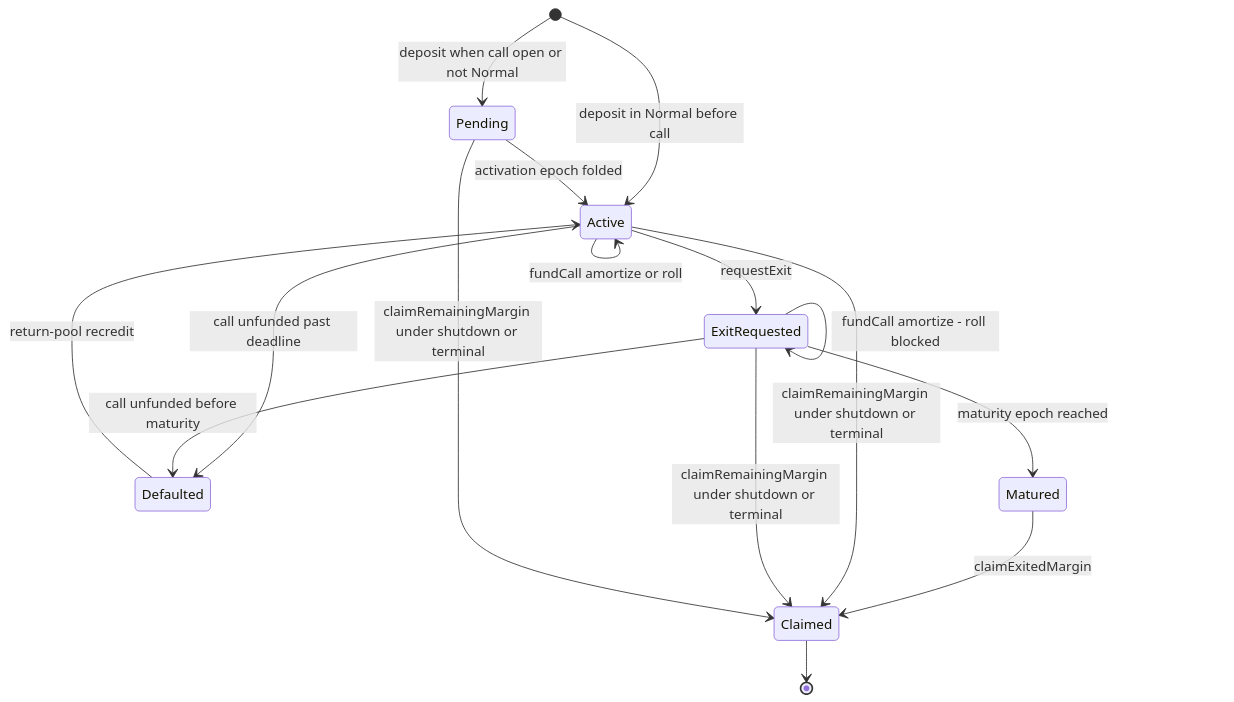
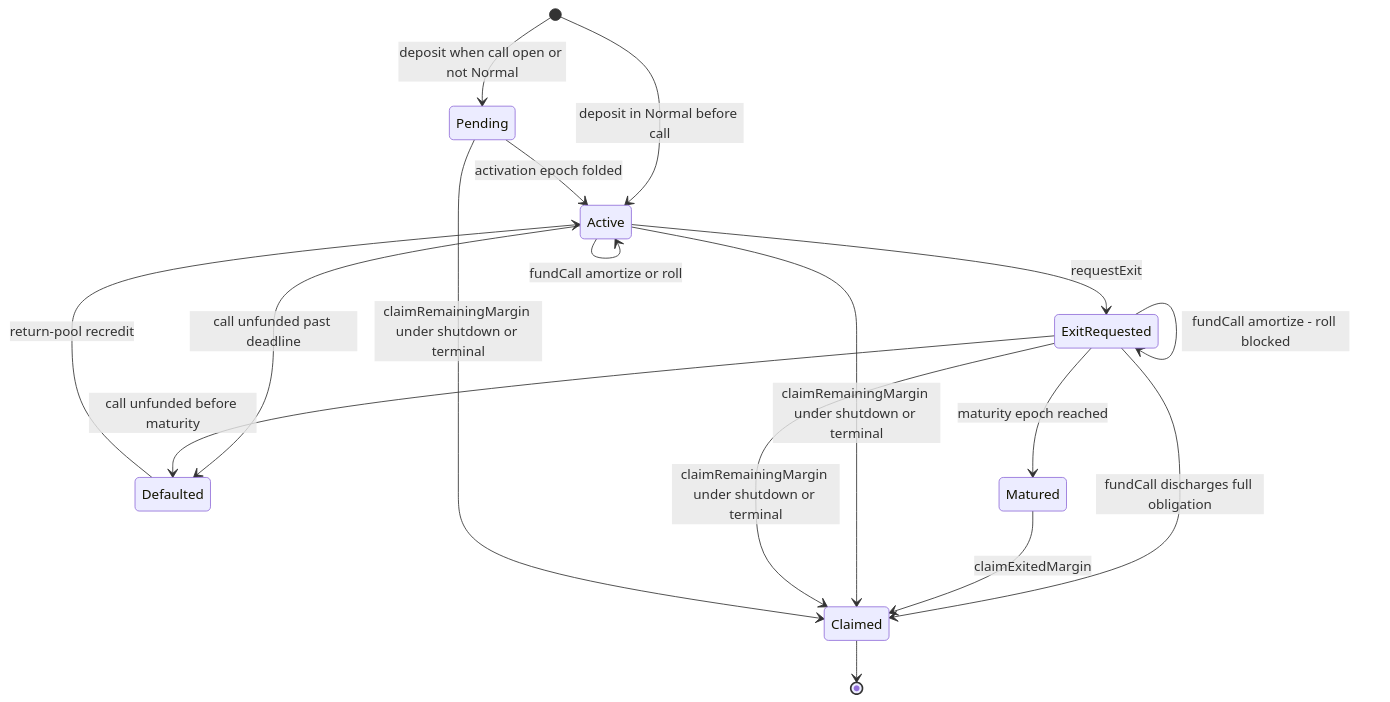
One commit to 3jane-protocol/moneymarket-contracts changed the sixth of 7 diagrams in src/lcc/README.md. Above: the diagram before and after it, drawn with Mermaid. The commit also changed other lines of this file and 8 other files, not shown here.

````diff
--- a/src/lcc/README.md
+++ b/src/lcc/README.md
@@ -704,18 +704,19 @@
 ```mermaid
 stateDiagram-v2
     [*] --> Pending: deposit when call open or not Normal
     [*] --> Active: deposit in Normal before call
     Pending --> Active: activation epoch folded
     Active --> Active: fundCall amortize or roll
     Active --> Defaulted: call unfunded past deadline
     Defaulted --> Active: return-pool recredit
     Active --> ExitRequested: requestExit
     ExitRequested --> ExitRequested: fundCall amortize - roll blocked
+    ExitRequested --> Claimed: fundCall discharges full obligation
     ExitRequested --> Defaulted: call unfunded before maturity
     ExitRequested --> Matured: maturity epoch reached
     Matured --> Claimed: claimExitedMargin
     Active --> Claimed: claimRemainingMargin under shutdown or terminal
     ExitRequested --> Claimed: claimRemainingMargin under shutdown or terminal
     Pending --> Claimed: claimRemainingMargin under shutdown or terminal
     Claimed --> [*]
 ```
````
